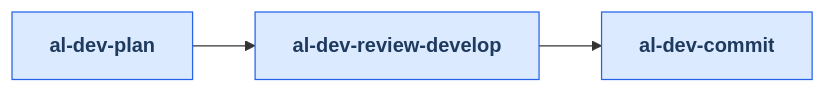
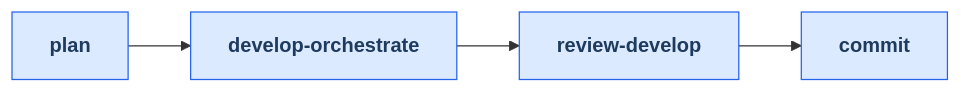
One commit to russell-laing/al-dev-shared changed the second of 4 diagrams in docs/plugin_graph.md. Above: the diagram before and after it, drawn with Mermaid. The commit also changed other lines of this file and 8 other files, not shown here.

````diff
--- a/docs/plugin_graph.md
+++ b/docs/plugin_graph.md
@@ -450,14 +467,17 @@
 ```mermaid
 flowchart LR
     classDef skillNode fill:#dbeafe,stroke:#2563eb,color:#1e3a5f,font-weight:bold
-    skill_al_dev_plan[al-dev-plan]
-    skill_al_dev_review_develop[al-dev-review-develop]
-    skill_al_dev_commit[al-dev-commit]
+    skill_plan[plan]
+    skill_develop_orchestrate[develop-orchestrate]
+    skill_review_develop[review-develop]
+    skill_commit[commit]
 
-    skill_al_dev_plan --> skill_al_dev_review_develop
-    skill_al_dev_review_develop --> skill_al_dev_commit
+    skill_plan --> skill_develop_orchestrate
+    skill_develop_orchestrate --> skill_review_develop
+    skill_review_develop --> skill_commit
 
-    class skill_al_dev_plan skillNode
-    class skill_al_dev_review_develop skillNode
-    class skill_al_dev_commit skillNode
+    class skill_plan skillNode
+    class skill_develop_orchestrate skillNode
+    class skill_review_develop skillNode
+    class skill_commit skillNode
 ```
````
